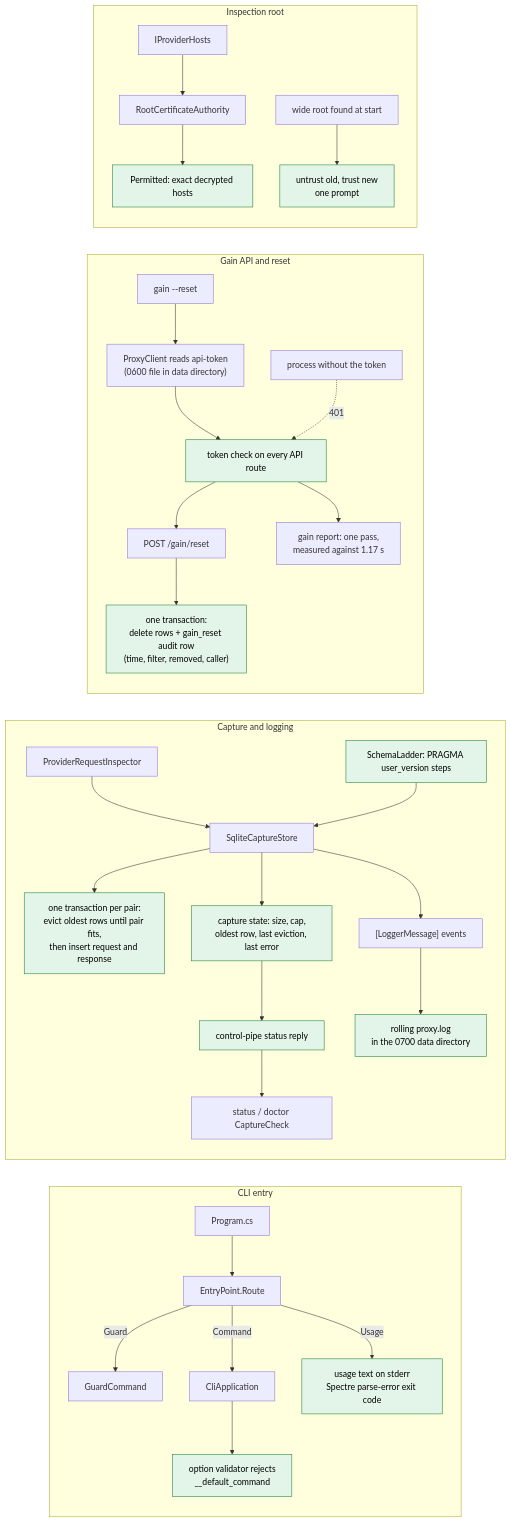
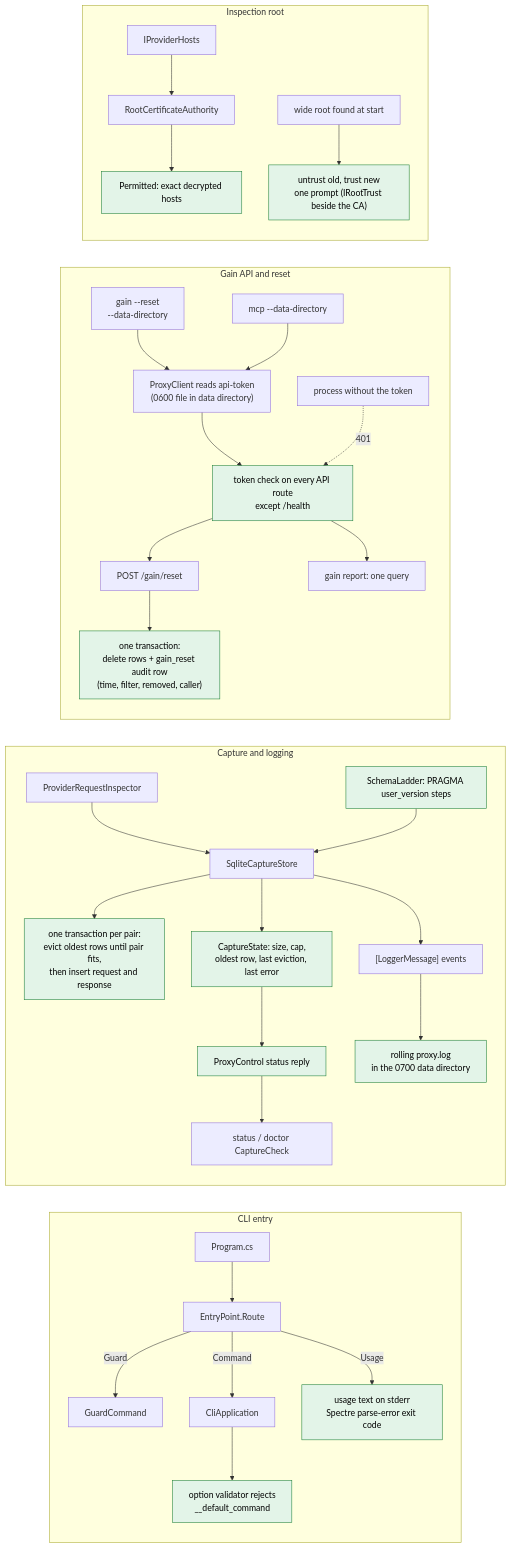
One commit to Arasz/ai-proxy changed the second of 3 diagrams in docs/work/2026-11-21-project-review-plan.md. Above: the diagram before and after it, drawn with Mermaid. The commit also changed other lines of this file, not shown here.

````diff
--- a/docs/work/2026-11-21-project-review-plan.md
+++ b/docs/work/2026-11-21-project-review-plan.md
@@ -51,31 +94,32 @@
 ```mermaid
 flowchart LR
   subgraph CLI["CLI entry"]
     P["Program.cs"] --> R["EntryPoint.Route"]
     R -- Guard --> G["GuardCommand"]
     R -- Command --> C["CliApplication"]
     R -- Usage --> U["usage text on stderr<br/>Spectre parse-error exit code"]
     C --> V["option validator rejects<br/>__default_command"]
   end
   subgraph CAP["Capture and logging"]
     I["ProviderRequestInspector"] --> CS["SqliteCaptureStore"]
     CS --> TX["one transaction per pair:<br/>evict oldest rows until pair fits,<br/>then insert request and response"]
-    CS --> STATE["capture state: size, cap,<br/>oldest row, last eviction, last error"]
-    STATE --> PIPE["control-pipe status reply"] --> ST["status / doctor CaptureCheck"]
+    CS --> STATE["CaptureState: size, cap,<br/>oldest row, last eviction, last error"]
+    STATE --> PIPE["ProxyControl status reply"] --> ST["status / doctor CaptureCheck"]
     CS --> LOG["[LoggerMessage] events"] --> FILE["rolling proxy.log<br/>in the 0700 data directory"]
     LADDER["SchemaLadder: PRAGMA user_version steps"] --> CS
   end
   subgraph GAIN["Gain API and reset"]
-    GR["gain --reset"] --> PC["ProxyClient reads api-token<br/>(0600 file in data directory)"]
-    PC --> TOK["token check on every API route"]
+    GR["gain --reset<br/>--data-directory"] --> PC["ProxyClient reads api-token<br/>(0600 file in data directory)"]
+    MCP["mcp --data-directory"] --> PC
+    PC --> TOK["token check on every API route<br/>except /health"]
     OTHER["process without the token"] -. 401 .-> TOK
     TOK --> RE["POST /gain/reset"] --> TXG["one transaction:<br/>delete rows + gain_reset audit row<br/>(time, filter, removed, caller)"]
-    TOK --> AGG["gain report: one pass,<br/>measured against 1.17 s"]
+    TOK --> AGG["gain report: one query"]
   end
   subgraph ROOT["Inspection root"]
     HOSTS["IProviderHosts"] --> RCA["RootCertificateAuthority"] --> NC["Permitted: exact decrypted hosts"]
-    OLD["wide root found at start"] --> ROT["untrust old, trust new<br/>one prompt"]
+    OLD["wide root found at start"] --> ROT["untrust old, trust new<br/>one prompt (IRootTrust beside the CA)"]
   end
   classDef new fill:#e3f4e8,stroke:#1a7f37,color:#000;
   class U,V,TX,STATE,PIPE,FILE,LADDER,TOK,TXG,NC,ROT new;
 ```
````
